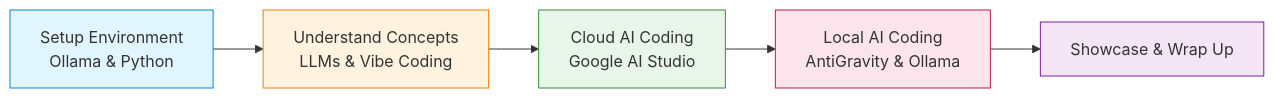
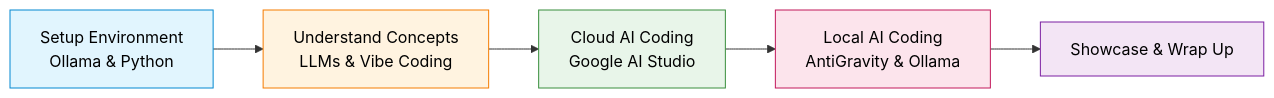
One commit to MIRAE-Laboratory/Lectures changed the first of 2 diagrams in NEA-KAERI_AI_Hands-On_Workshop/Lecture_Note.md. Above: the diagram before and after it, drawn with Mermaid. The commit also changed other lines of this file, not shown here.

````diff
--- a/NEA-KAERI_AI_Hands-On_Workshop/Lecture_Note.md
+++ b/NEA-KAERI_AI_Hands-On_Workshop/Lecture_Note.md
@@ -23,13 +23,13 @@
 ```mermaid
 graph LR
     A[Setup Environment<br>Ollama & Python] --> B[Understand Concepts<br>LLMs & Vibe Coding]
     B --> C[Cloud AI Coding<br>Google AI Studio]
     C --> D[Local AI Coding<br>AntiGravity & Ollama]
     D --> E[Showcase & Wrap Up]
     
-    style A fill:#e1f5fe,stroke:#0288d1
-    style B fill:#fff3e0,stroke:#f57c00
-    style C fill:#e8f5e9,stroke:#388e3c
-    style D fill:#fce4ec,stroke:#c2185b
-    style E fill:#f3e5f5,stroke:#7b1fa2
+    style A fill:#e1f5fe,stroke:#0288d1,color:#000000
+    style B fill:#fff3e0,stroke:#f57c00,color:#000000
+    style C fill:#e8f5e9,stroke:#388e3c,color:#000000
+    style D fill:#fce4ec,stroke:#c2185b,color:#000000
+    style E fill:#f3e5f5,stroke:#7b1fa2,color:#000000
 ```
````
